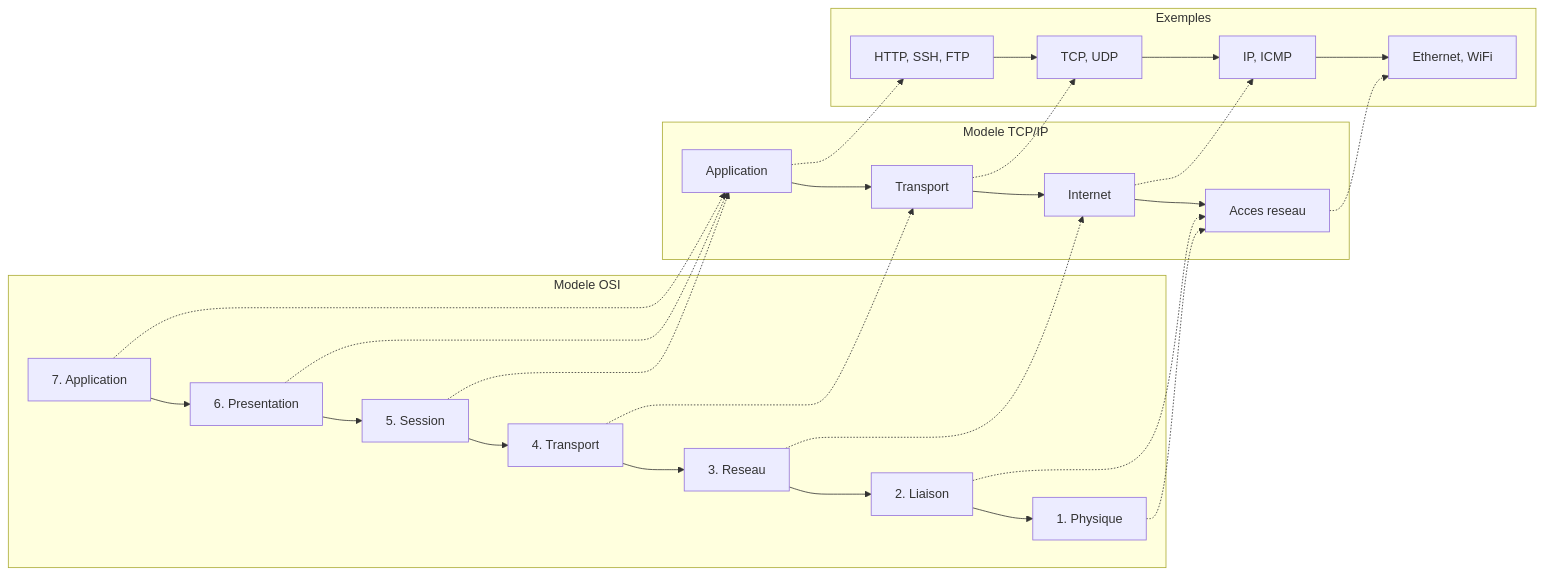
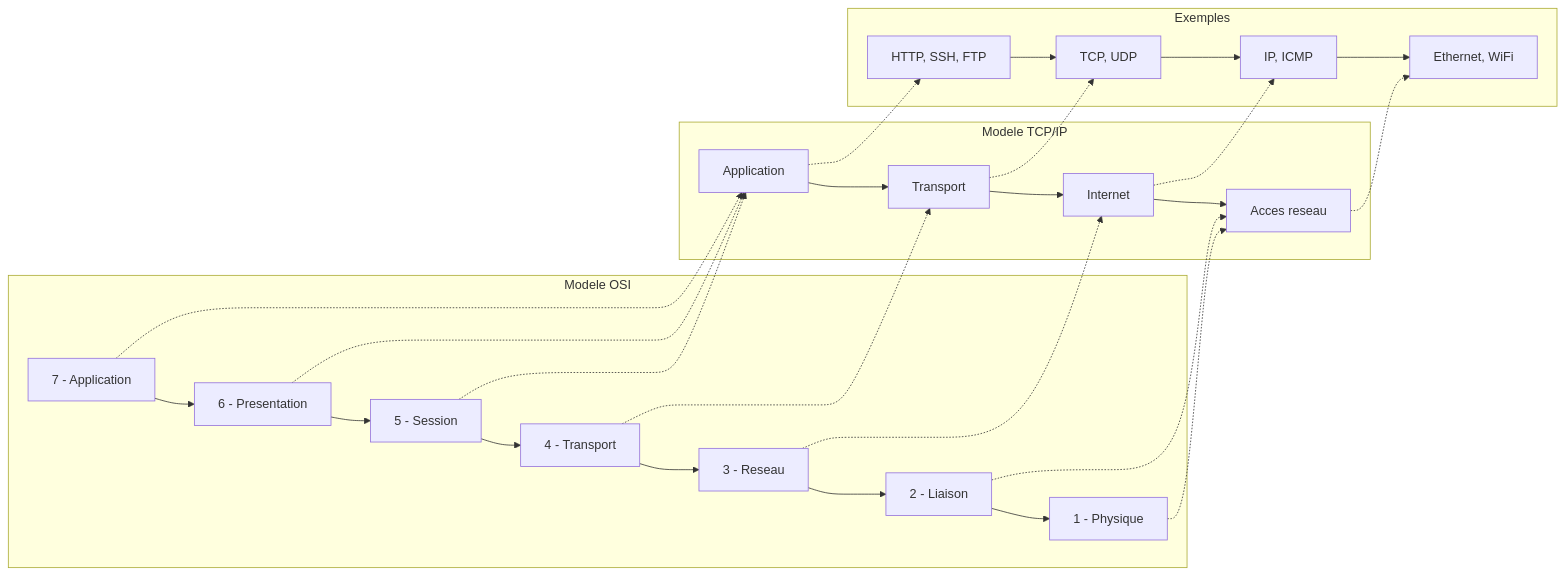
Before and after one commit to JSurquin/kibana2: the first of 3 diagrams in pages/05-reseau.md, drawn with Mermaid. The commit also changed other lines of this file and 7 other files, not shown here.

````diff
--- a/pages/05-reseau.md
+++ b/pages/05-reseau.md
@@ -31,42 +31,42 @@
 ```mermaid
 graph LR
     subgraph "Modele OSI"
-        O7[7. Application]
-        O6[6. Presentation]
-        O5[5. Session]
-        O4[4. Transport]
-        O3[3. Reseau]
-        O2[2. Liaison]
-        O1[1. Physique]
+        O7[7 - Application]
+        O6[6 - Presentation]
+        O5[5 - Session]
+        O4[4 - Transport]
+        O3[3 - Reseau]
+        O2[2 - Liaison]
+        O1[1 - Physique]
         O7 --> O6 --> O5 --> O4 --> O3 --> O2 --> O1
     end
     
     subgraph "Modele TCP/IP"
         T4[Application]
         T3[Transport]
         T2[Internet]
         T1[Acces reseau]
         T4 --> T3 --> T2 --> T1
     end
     
     subgraph "Exemples"
         E4[HTTP, SSH, FTP]
         E3[TCP, UDP]
         E2[IP, ICMP]
         E1[Ethernet, WiFi]
         E4 --> E3 --> E2 --> E1
     end
     
     O7 -.-> T4
     O6 -.-> T4
     O5 -.-> T4
     O4 -.-> T3
     O3 -.-> T2
     O2 -.-> T1
     O1 -.-> T1
     
     T4 -.-> E4
     T3 -.-> E3
     T2 -.-> E2
     T1 -.-> E1
 ```
````
